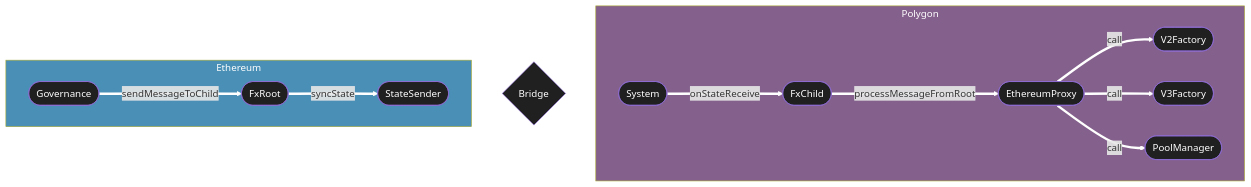
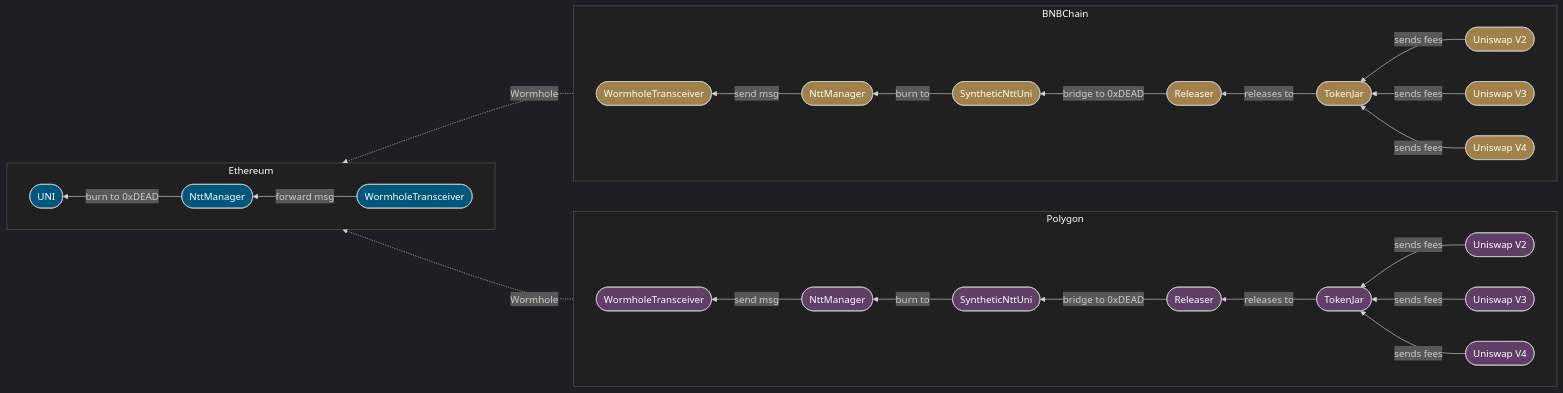
One commit to Uniswap/protocol-fees changed the sixth of 9 diagrams in script/proposal-4/Index.md. Above: the diagram before and after it, drawn with Mermaid. The commit also changed other lines of this file and 1 other file, not shown here.

````diff
--- a/script/proposal-4/Index.md
+++ b/script/proposal-4/Index.md
@@ -317,40 +363,67 @@
 ```mermaid
-flowchart LR
-    Bridge{Bridge}
-    subgraph Polygon
-        direction LR
-        System([System])
-        FxChild([FxChild])
-        EthereumProxy([EthereumProxy])
-        V2Factory([V2Factory])
-        V3Factory([V3Factory])
-        PoolManager([PoolManager])
+---
+config:
+    theme: 'dark'
+---
+flowchart RL
+    WormholeTransceiverETH([WormholeTransceiver]):::on_eth
+    NttManagerETH([NttManager]):::on_eth
+    UNIETH([UNI]):::on_eth
+    WormholeTransceiverBNB([WormholeTransceiver]):::on_bnb
+    NttManagerBNB([NttManager]):::on_bnb
+    UNIBNB([SyntheticNttUni]):::on_bnb
+    ReleaserBNB([Releaser]):::on_bnb
+    TokenJarBNB([TokenJar]):::on_bnb
+    V2BNB([Uniswap V2]):::on_bnb
+    V3BNB([Uniswap V3]):::on_bnb
+    V4BNB([Uniswap V4]):::on_bnb
+    WormholeTransceiverPOL([WormholeTransceiver]):::on_pol
+    NttManagerPOL([NttManager]):::on_pol
+    UNIPOL([SyntheticNttUni]):::on_pol
+    ReleaserPOL([Releaser]):::on_pol
+    TokenJarPOL([TokenJar]):::on_pol
+    V2POL([Uniswap V2]):::on_pol
+    V3POL([Uniswap V3]):::on_pol
+    V4POL([Uniswap V4]):::on_pol
 
-        System -->|onStateReceive| FxChild
-        FxChild -->|processMessageFromRoot| EthereumProxy
-        EthereumProxy -->|call| V2Factory
-        EthereumProxy -->|call| V3Factory
-        EthereumProxy -->|call| PoolManager
+    subgraph Ethereum
+        direction RL
+        WormholeTransceiverETH -->|forward msg| NttManagerETH
+        NttManagerETH -->|burn to 0xDEAD| UNIETH
     end
 
-    subgraph Ethereum
-        direction LR
-        Governance([Governance])
-        FxRoot([FxRoot])
-        StateSender([StateSender])
+    BNBChain -.->|Wormhole| Ethereum
 
-        Governance -->|sendMessageToChild| FxRoot
-        FxRoot -->|syncState| StateSender
+    subgraph BNBChain
+        direction RL
+        V2BNB -->|sends fees| TokenJarBNB
+        V3BNB -->|sends fees| TokenJarBNB
+        V4BNB -->|sends fees| TokenJarBNB
+        TokenJarBNB -->|releases to| ReleaserBNB
+        ReleaserBNB -->|"bridge to 0xDEAD"| UNIBNB
+        UNIBNB -->|burn to| NttManagerBNB
+        NttManagerBNB -->|send msg| WormholeTransceiverBNB
     end
 
-    StateSender -.-> Bridge
-    Bridge -.-> System
+    Polygon -.->|Wormhole| Ethereum
 
-    Ethereum:::on_eth
-    Polygon:::on_pol
+    subgraph Polygon
+        direction RL
+        V2POL -->|sends fees| TokenJarPOL
+        V3POL -->|sends fees| TokenJarPOL
+        V4POL -->|sends fees| TokenJarPOL
+        TokenJarPOL -->|releases to| ReleaserPOL
+        ReleaserPOL -->|"bridge to 0xDEAD"| UNIPOL
+        UNIPOL -->|burn to| NttManagerPOL
+        NttManagerPOL -->|send msg| WormholeTransceiverPOL
+    end
 
-    linkStyle default stroke:#fff,stroke-width:4px
-    classDef default fill:#202020,color:#fff
-    classDef on_pol fill:#84608c,color:#fff
-    classDef on_eth fill:#498fb6,color:#fff
+    Ethereum:::sub
+    BNBChain:::sub
+    Polygon:::sub
+
+    classDef on_bnb fill:#a0814a,color:#fff
+    classDef on_eth fill:#00567b,color:#fff
+    classDef on_pol fill:#603e68,color:#fff
+    classDef sub fill:#202020,color:#fff
 ```
````
